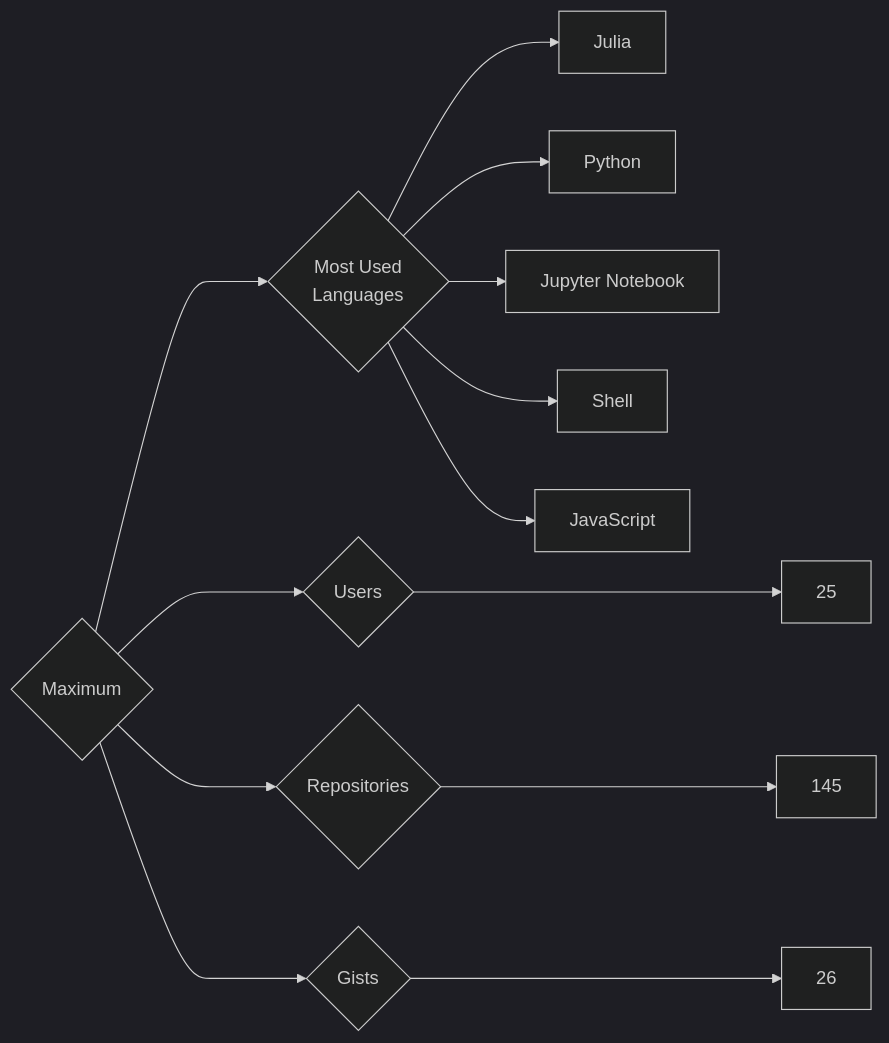
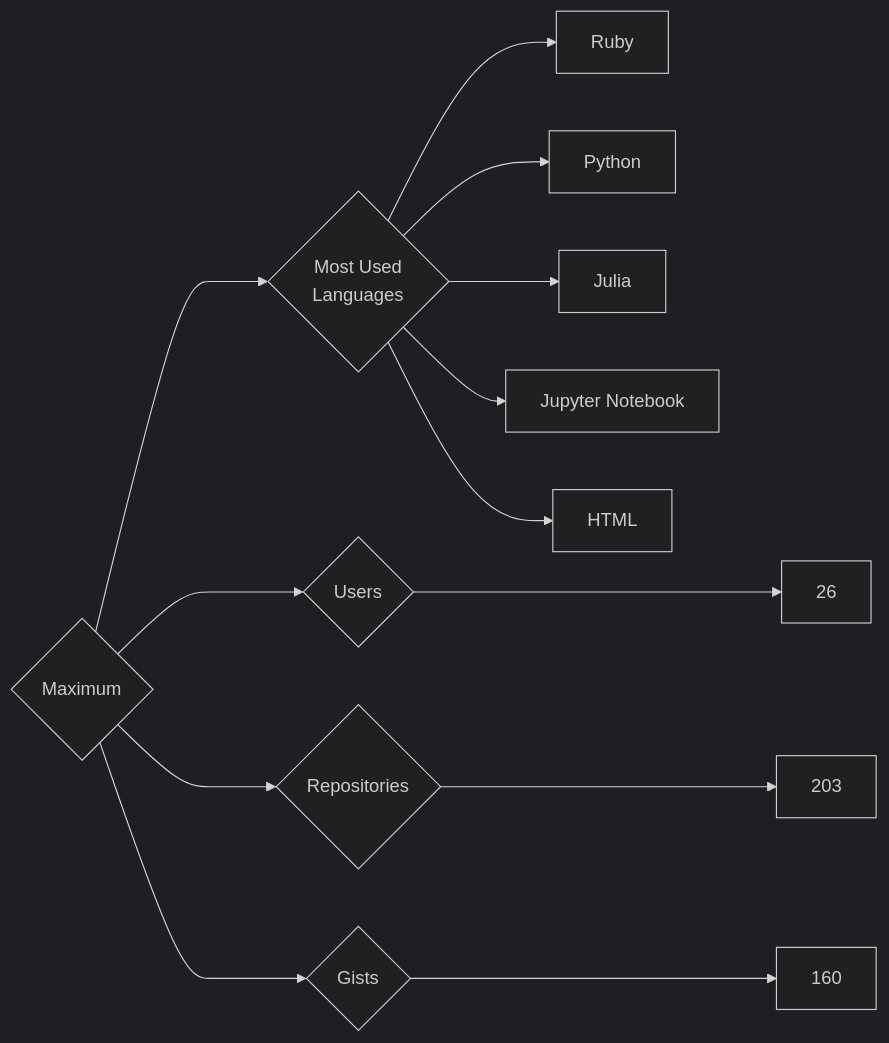
The diagram in targets/Maximum/README.md (trickest/insiders), drawn with Mermaid (dark theme) before and after one commit. The commit also changed 851 other files, not shown here.

````diff
--- a/targets/Maximum/README.md
+++ b/targets/Maximum/README.md
@@ -3,13 +3,13 @@
 ```mermaid
 graph LR
 COMPANY_NAME{Maximum}
-COMPANY_NAME ---> U{Users} ---> UN[25]
-COMPANY_NAME ---> R{Repositories} ---> RN[145]
-COMPANY_NAME ---> G{Gists} ---> GN[26]
+COMPANY_NAME ---> U{Users} ---> UN[26]
+COMPANY_NAME ---> R{Repositories} ---> RN[203]
+COMPANY_NAME ---> G{Gists} ---> GN[160]
 COMPANY_NAME ---> ML{Most Used<br>Languages}
+ML --> Ruby[Ruby]
+ML --> Python[Python]
 ML --> Julia[Julia]
-ML --> Python[Python]
 ML --> Jupyter_Notebook[Jupyter Notebook]
-ML --> Shell[Shell]
-ML --> JavaScript[JavaScript]
+ML --> HTML[HTML]
 ```
````
